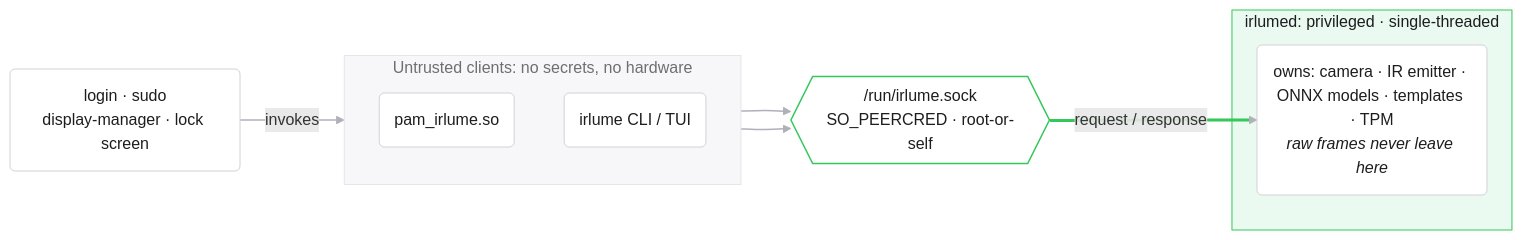
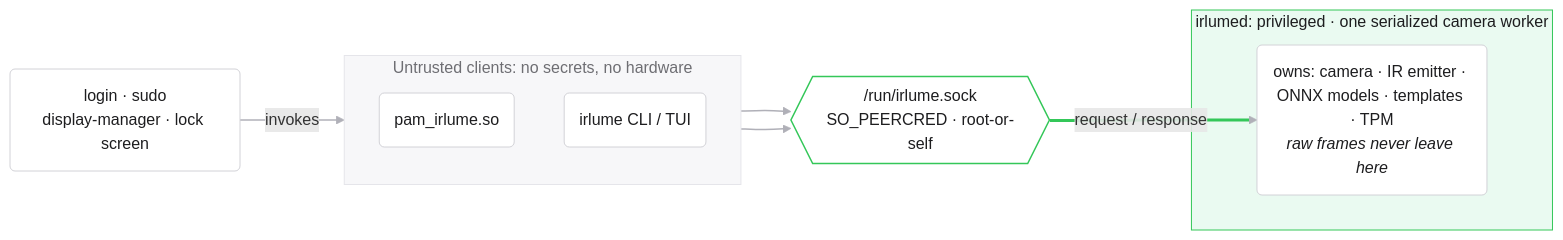
One commit to archledger/irlume changed the first of 3 diagrams in docs/ARCHITECTURE.md. Above: the diagram before and after it, drawn with Mermaid. The commit also changed other lines of this file and 3 other files, not shown here.

````diff
--- a/docs/ARCHITECTURE.md
+++ b/docs/ARCHITECTURE.md
@@ -21,25 +21,25 @@
 ```mermaid
 flowchart LR
     callers("login · sudo<br/>display-manager · lock screen")
     subgraph untrusted["Untrusted clients: no secrets, no hardware"]
         direction TB
         pam("pam_irlume.so")
         cli("irlume CLI / TUI")
     end
     socket{{"/run/irlume.sock<br/>SO_PEERCRED · root-or-self"}}
-    subgraph trust["irlumed: privileged · single-threaded"]
+    subgraph trust["irlumed: privileged · one serialized camera worker"]
         daemon("owns: camera · IR emitter · ONNX models · templates · TPM<br/><i>raw frames never leave here</i>")
     end
     callers -->|invokes| pam
     pam --> socket
     cli --> socket
     socket ==>|request / response| daemon
     classDef base fill:#ffffff,stroke:#d2d2d7,stroke-width:1px,color:#1d1d1f;
     classDef gate fill:#ffffff,stroke:#34c759,stroke-width:1.5px,color:#1d1d1f;
     class callers,pam,cli,daemon base;
     class socket gate;
     style untrusted fill:#f7f7f9,stroke:#e5e5ea,color:#6e6e73;
     style trust fill:#eafaf1,stroke:#34c759,color:#1d1d1f;
     linkStyle default stroke:#b0b0b8,stroke-width:1.5px;
     linkStyle 3 stroke:#34c759,stroke-width:3px;
 ```
````
